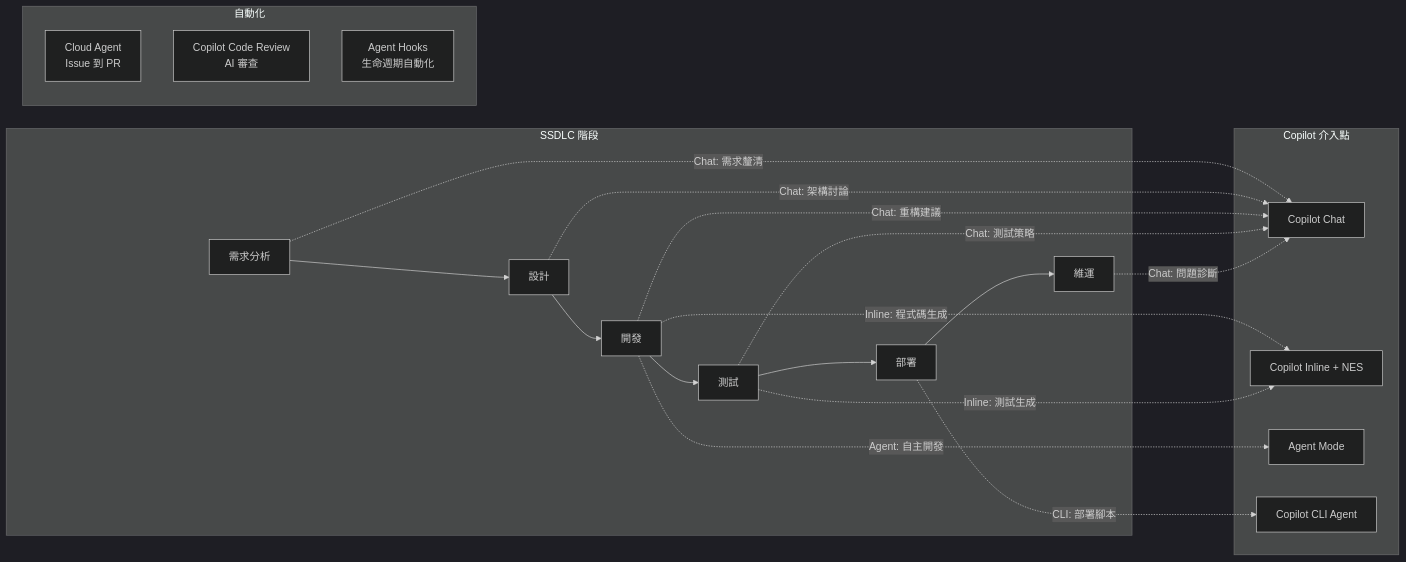
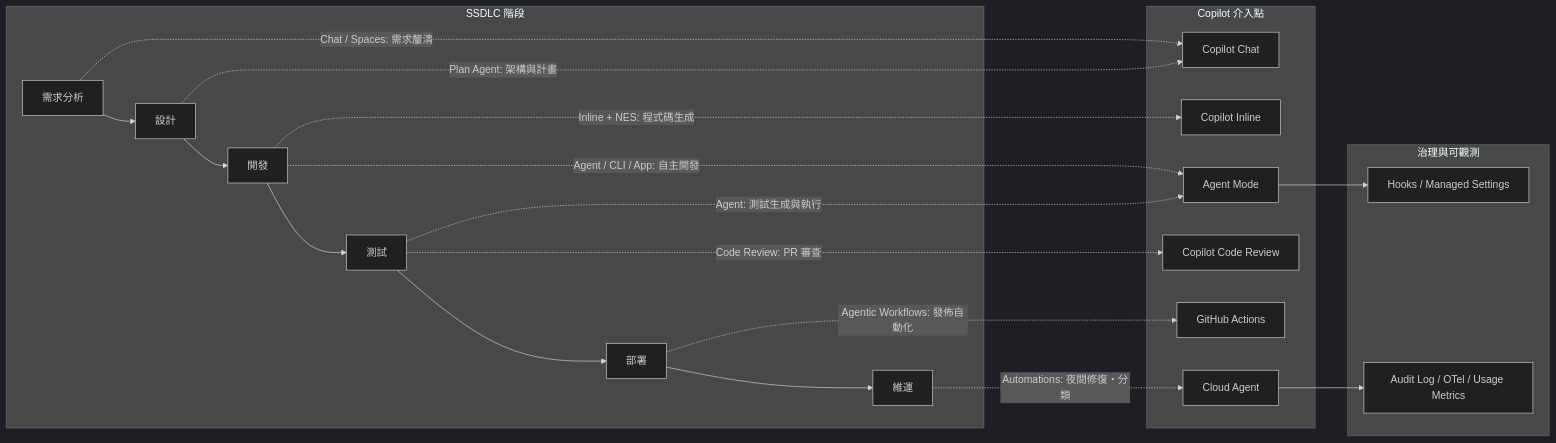
Before and after one commit to chihhung/Blog: the second of 26 diagrams in content/posts/教學/AI開發/github copilot生態圈教學手冊.md, drawn with Mermaid (dark theme). The commit also changed other lines of this file and 2 other files, not shown here.

````diff
--- a/content/posts/教學/AI開發/github copilot生態圈教學手冊.md
+++ b/content/posts/教學/AI開發/github copilot生態圈教學手冊.md
@@ -234,28 +360,29 @@
 ```mermaid
 flowchart LR
     subgraph "SSDLC 階段"
         A[需求分析] --> B[設計]
         B --> C[開發]
         C --> D[測試]
         D --> E[部署]
         E --> F[維運]
     end
-    
+
     subgraph "Copilot 介入點"
-        A -.->|Chat: 需求釐清| G[Copilot Chat]
-        B -.->|Chat: 架構討論| G
-        C -.->|Inline: 程式碼生成| H[Copilot Inline + NES]
-        C -.->|Agent: 自主開發| I[Agent Mode]
-        C -.->|Chat: 重構建議| G
-        D -.->|Inline: 測試生成| H
-        D -.->|Chat: 測試策略| G
-        E -.->|CLI: 部署腳本| J[Copilot CLI Agent]
-        F -.->|Chat: 問題診斷| G
+        A -.->|Chat / Spaces: 需求釐清| G[Copilot Chat]
+        B -.->|Plan Agent: 架構與計畫| G
+        C -.->|Inline + NES: 程式碼生成| H[Copilot Inline]
+        C -.->|Agent / CLI / App: 自主開發| I[Agent Mode]
+        D -.->|Agent: 測試生成與執行| I
+        D -.->|Code Review: PR 審查| L[Copilot Code Review]
+        E -.->|Agentic Workflows: 發佈自動化| J[GitHub Actions]
+        F -.->|Automations: 夜間修復・分類| K[Cloud Agent]
     end
-    
-    subgraph "自動化"
-        K[Cloud Agent<br/>Issue 到 PR]
-        L[Copilot Code Review<br/>AI 審查]
-        M2[Agent Hooks<br/>生命週期自動化]
+
+    subgraph "治理與可觀測"
+        M[Hooks / Managed Settings]
+        N[Audit Log / OTel / Usage Metrics]
     end
+
+    I --> M
+    K --> N
 ```
````
